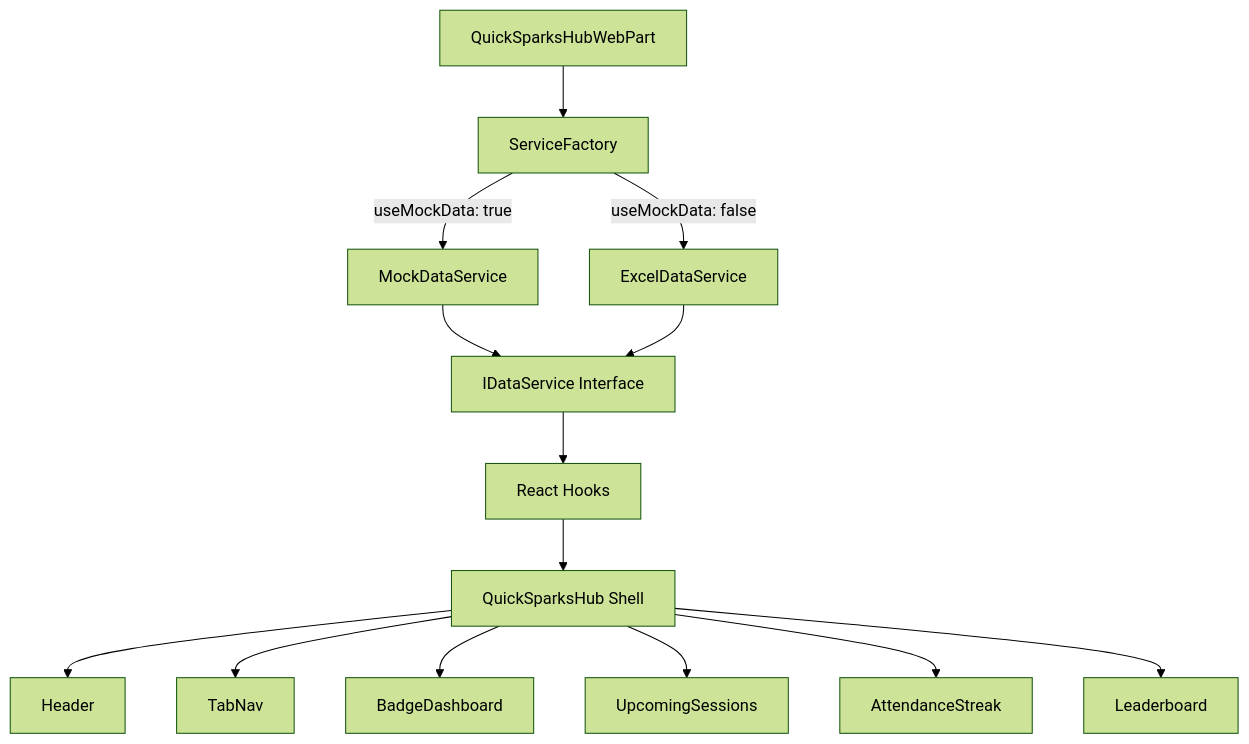
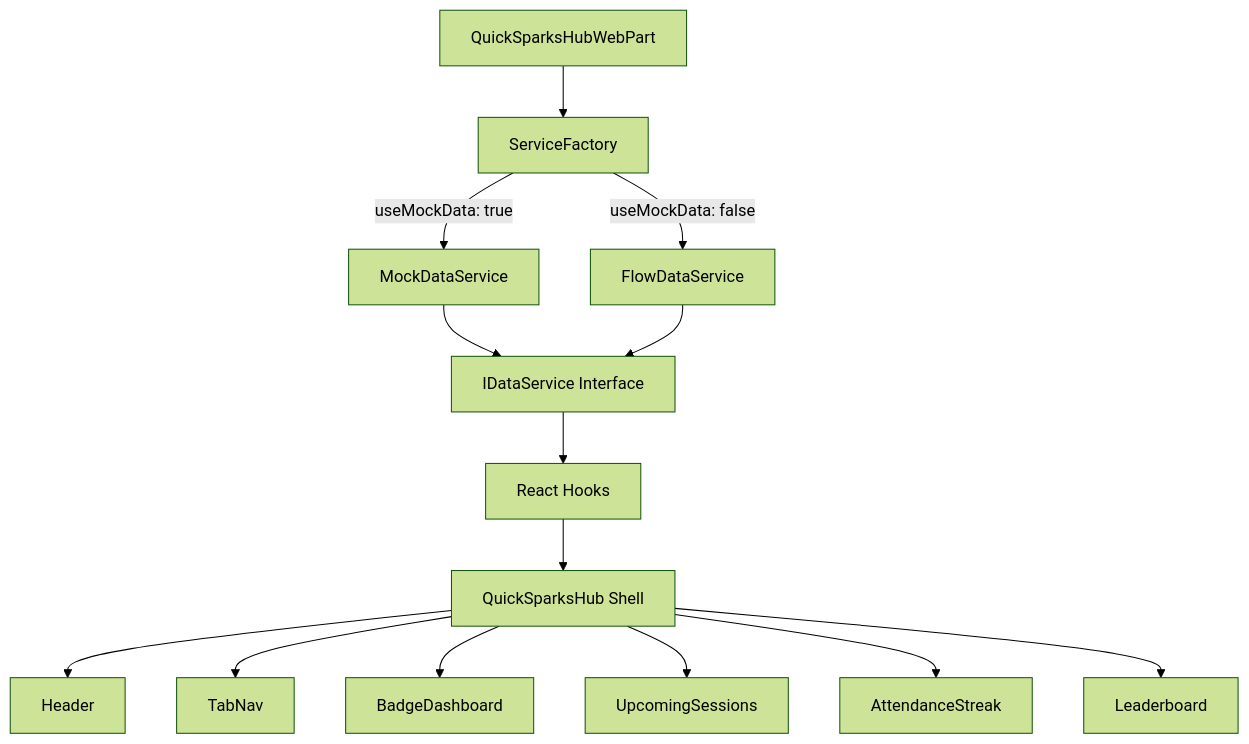
One commit to aidantrabs/quicksparks changed the first of 2 diagrams in README.md. Above: the diagram before and after it, drawn with Mermaid (forest theme). The commit also changed other lines of this file and 1 other file, not shown here.

Commit message:
docs: update deployment docs + remove graph refs

````diff
--- a/README.md
+++ b/README.md
@@ -27,16 +27,16 @@
 ```mermaid
 graph TD
     A[QuickSparksHubWebPart] --> B[ServiceFactory]
     B -->|useMockData: true| C[MockDataService]
-    B -->|useMockData: false| D[ExcelDataService]
+    B -->|useMockData: false| D[FlowDataService]
     C --> E[IDataService Interface]
     D --> E
     E --> F[React Hooks]
     F --> G[QuickSparksHub Shell]
     G --> H[Header]
     G --> I[TabNav]
     G --> J[BadgeDashboard]
     G --> K[UpcomingSessions]
     G --> L[AttendanceStreak]
     G --> M[Leaderboard]
 ```
````
